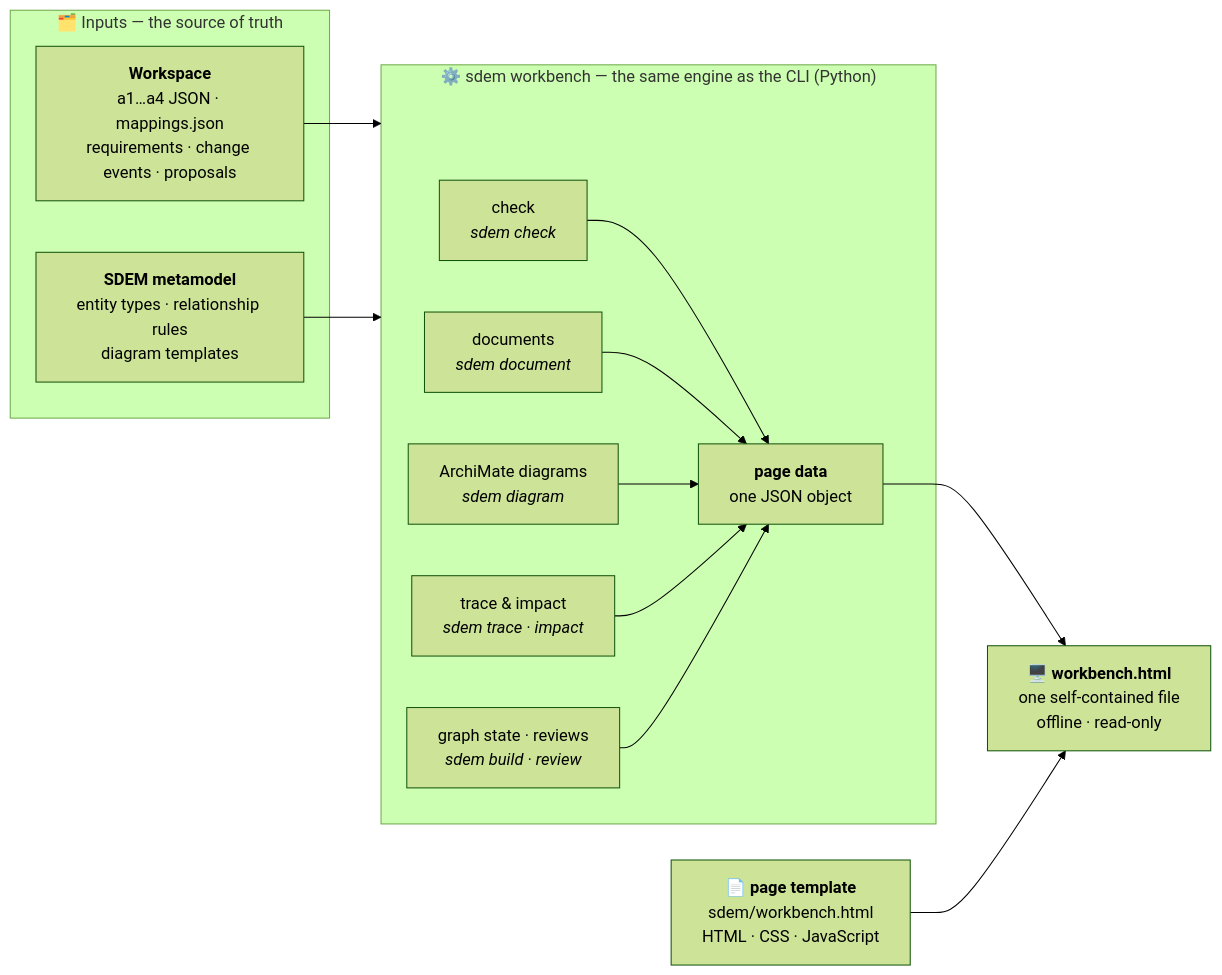
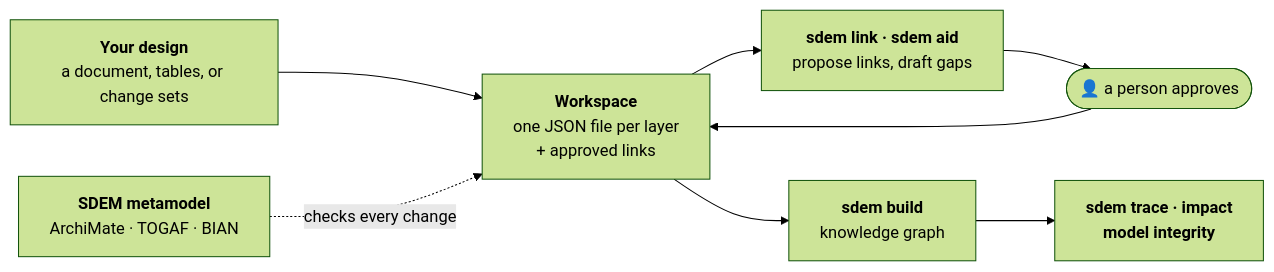
One commit to taumoeps/bian-sdem-framework changed the diagram in README.md. Above: the diagram before and after it, drawn with Mermaid (forest theme). The commit also changed other lines of this file and 35 other files, not shown here.

First line of the commit message:
SDEM 0.21.14 — an installed SDEM reports the metamodel's freeze in sdem model integrity; the README rewritten as a quick start for 0.21; developer files (Makefile, dev container, issue and PR templates, examples index, package metadata)

````diff
--- a/README.md
+++ b/README.md
@@ -516,22 +142,10 @@
 ```mermaid
 flowchart LR
-    subgraph IN["🗂️ Inputs — the source of truth"]
-        WS["<b>Workspace</b><br/>a1…a4 JSON · mappings.json<br/>requirements · change events · proposals"]
-        MM["<b>SDEM metamodel</b><br/>entity types · relationship rules<br/>diagram templates"]
-    end
-    subgraph ENG["⚙️ sdem workbench — the same engine as the CLI (Python)"]
-        CH["check<br/><i>sdem check</i>"]
-        DOC["documents<br/><i>sdem document</i>"]
-        DG["ArchiMate diagrams<br/><i>sdem diagram</i>"]
-        TR["trace &amp; impact<br/><i>sdem trace · impact</i>"]
-        GS["graph state · reviews<br/><i>sdem build · review</i>"]
-        DATA["<b>page data</b><br/>one JSON object"]
-        CH & DOC & DG & TR & GS --> DATA
-    end
-    TPL["📄 <b>page template</b><br/>sdem/workbench.html<br/>HTML · CSS · JavaScript"]
-    OUT["🖥️ <b>workbench.html</b><br/>one self-contained file<br/>offline · read-only"]
-    WS --> ENG
-    MM --> ENG
-    DATA --> OUT
-    TPL --> OUT
+    D["<b>Your design</b><br/>a document, tables, or change sets"] --> W["<b>Workspace</b><br/>one JSON file per layer<br/>+ approved links"]
+    MM["<b>SDEM metamodel</b><br/>ArchiMate · TOGAF · BIAN"] -. "checks every change" .-> W
+    W --> L["<b>sdem link · sdem aid</b><br/>propose links, draft gaps"]
+    L --> P(["👤 a person approves"])
+    P --> W
+    W --> G["<b>sdem build</b><br/>knowledge graph"]
+    G --> T["<b>sdem trace · impact</b><br/><b>model integrity</b>"]
 ```
````
